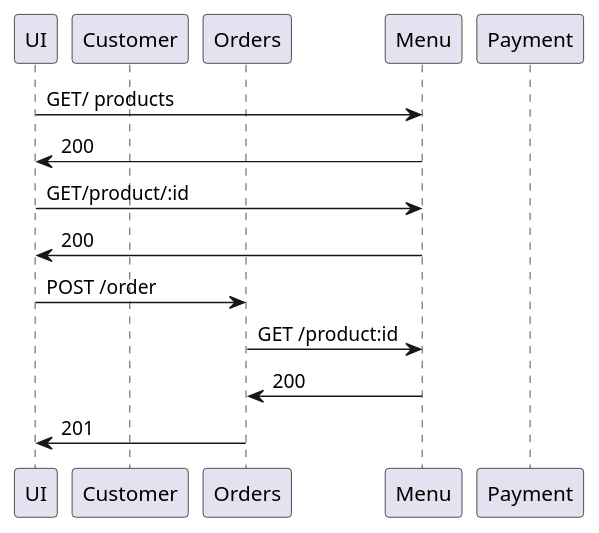
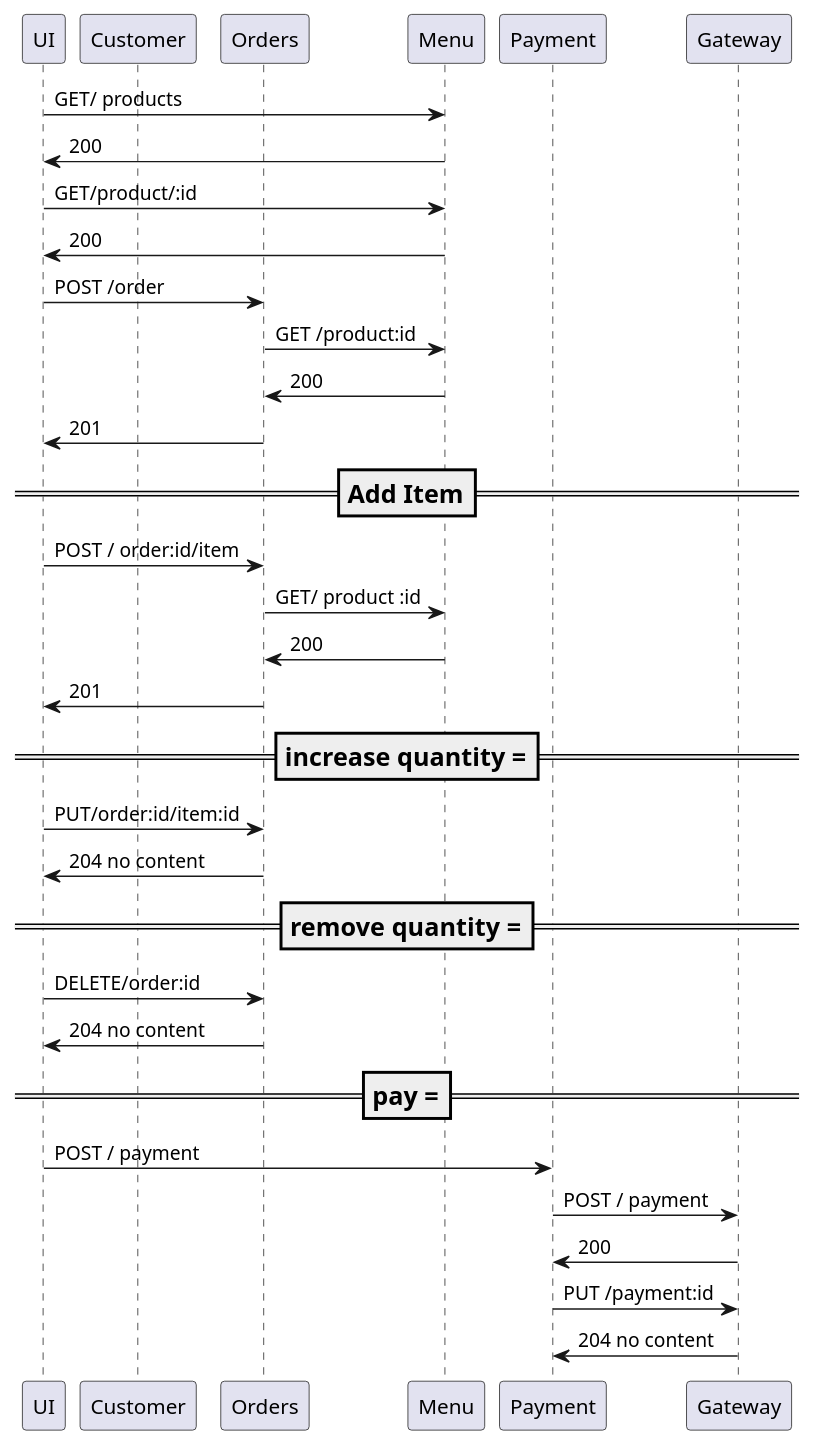
One commit to Shheezam/PlantUML-Exercise changed the diagram in 1.puml. Above: the diagram before and after it, drawn with PlantUML.

```diff
--- a/1.puml
+++ b/1.puml
@@ -1,20 +1,41 @@
 @startuml
 
 participant UI
 participant Customer 
 participant Orders 
 participant Menu 
 participant Payment 
 
 UI -> Menu : GET/ products 
 Menu -> UI : 200
 UI -> Menu : GET/product/:id 
 Menu -> UI : 200
 UI -> Orders : POST /order
 Orders -> Menu : GET /product:id
 Menu -> Orders : 200
 Orders -> UI :201
 
+=== Add Item ==
+UI -> Orders : POST / order:id/item
+Orders -> Menu : GET/ product :id
+Menu -> Orders : 200
+Orders -> UI : 201
+
+===increase quantity ===
+UI -> Orders : PUT/order:id/item:id
+Orders -> UI : 204 no content
+
+===remove quantity ===
+UI -> Orders : DELETE/order:id
+Orders -> UI : 204 no content
+
+===pay ===
+UI -> Payment : POST / payment
+Payment -> Gateway : POST / payment
+Gateway -> Payment : 200
+Payment -> Gateway : PUT /payment:id
+Gateway -> Payment : 204 no content
+
 
 
 @enduml
```
